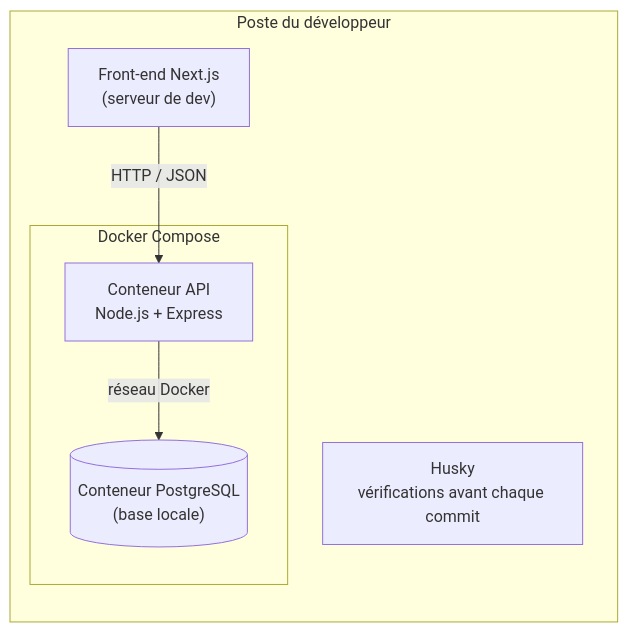
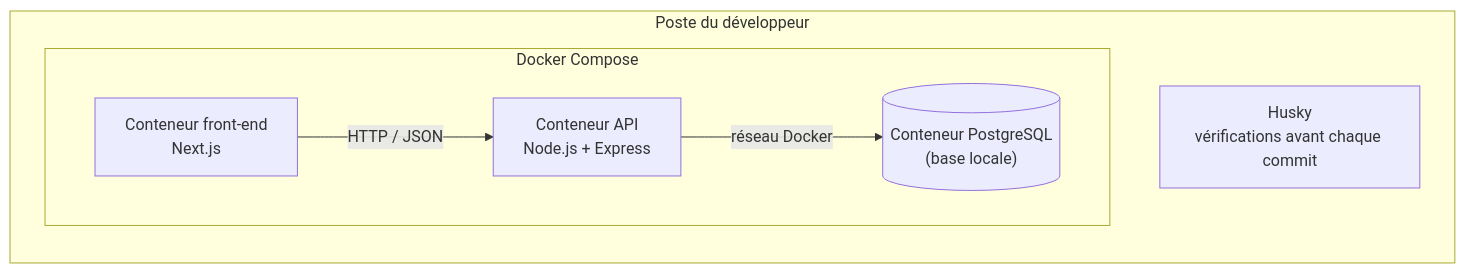
One commit to DimitryDereppe/je-s-appelle-graine changed the third of 3 diagrams in docs/conception/diagrammes/01-architecture.md. Above: the diagram before and after it, drawn with Mermaid. The commit also changed other lines of this file and 14 other files, not shown here.

````diff
--- a/docs/conception/diagrammes/01-architecture.md
+++ b/docs/conception/diagrammes/01-architecture.md
@@ -66,14 +71,14 @@
 ```mermaid
 flowchart LR
     subgraph POSTE["Poste du développeur"]
-        F["Front-end Next.js<br/>(serveur de dev)"]
         subgraph COMPOSE["Docker Compose"]
+            F["Conteneur front-end<br/>Next.js"]
             API["Conteneur API<br/>Node.js + Express"]
             DB[("Conteneur PostgreSQL<br/>(base locale)")]
         end
         H["Husky<br/>vérifications avant chaque commit"]
     end
 
     F -- "HTTP / JSON" --> API
     API -- "réseau Docker" --> DB
 ```
````
